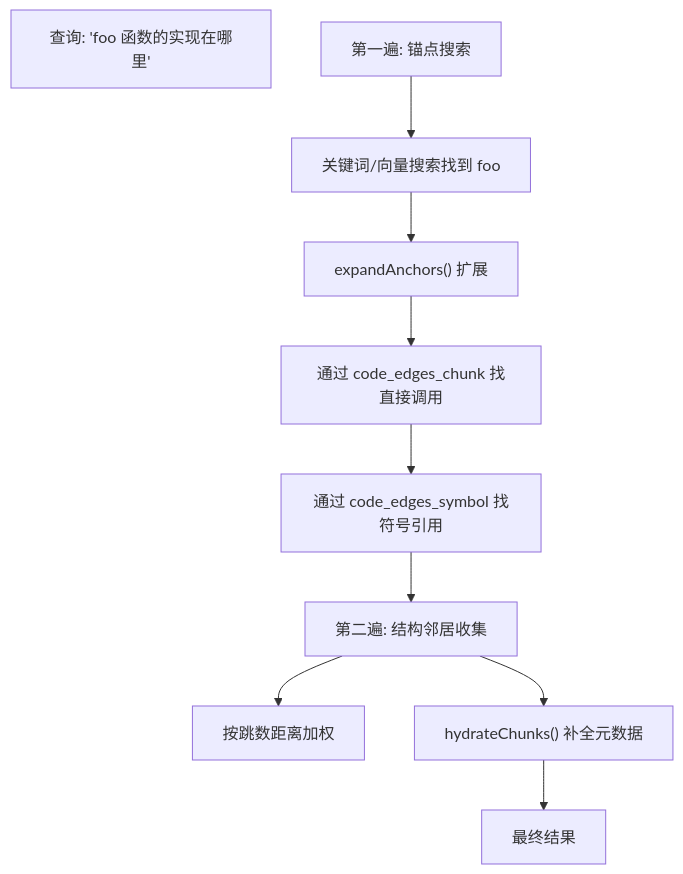
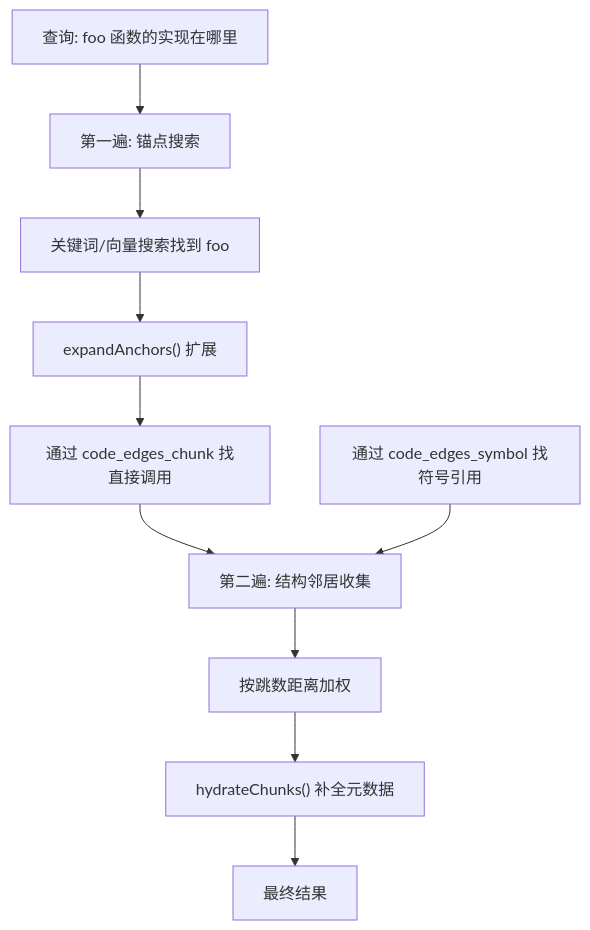
One commit to pty819/gbrain-book changed the seventh of 10 diagrams in memory-model.md. Above: the diagram before and after it, drawn with Mermaid. The commit also changed other lines of this file and 1 other file, not shown here.

First line of the commit message:
fix: correct mermaid syntax errors

````diff
--- a/memory-model.md
+++ b/memory-model.md
@@ -391,17 +352,16 @@
 ```{mermaid}
 flowchart TD
-    A["查询: 'foo 函数的实现在哪里'"]
-    
+    A["查询: foo 函数的实现在哪里"]
     B["第一遍: 锚点搜索"]
-    B --> C["关键词/向量搜索找到 foo"]
-    
-    C --> D["expandAnchors() 扩展"]
-    D --> E["通过 code_edges_chunk 找直接调用"]
-    E --> F["通过 code_edges_symbol 找符号引用"]
-    
-    F --> G["第二遍: 结构邻居收集"]
-    G --> H["按跳数距离加权"]
-    G --> I["hydrateChunks() 补全元数据"]
-    
-    I --> J["最终结果"]
+    C["关键词/向量搜索找到 foo"]
+    D["expandAnchors() 扩展"]
+    E["通过 code_edges_chunk 找直接调用"]
+    F["通过 code_edges_symbol 找符号引用"]
+    G["第二遍: 结构邻居收集"]
+    H["按跳数距离加权"]
+    I["hydrateChunks() 补全元数据"]
+    J["最终结果"]
+
+    A --> B --> C --> D --> E --> G
+    F --> G --> H --> I --> J
 ```
````
